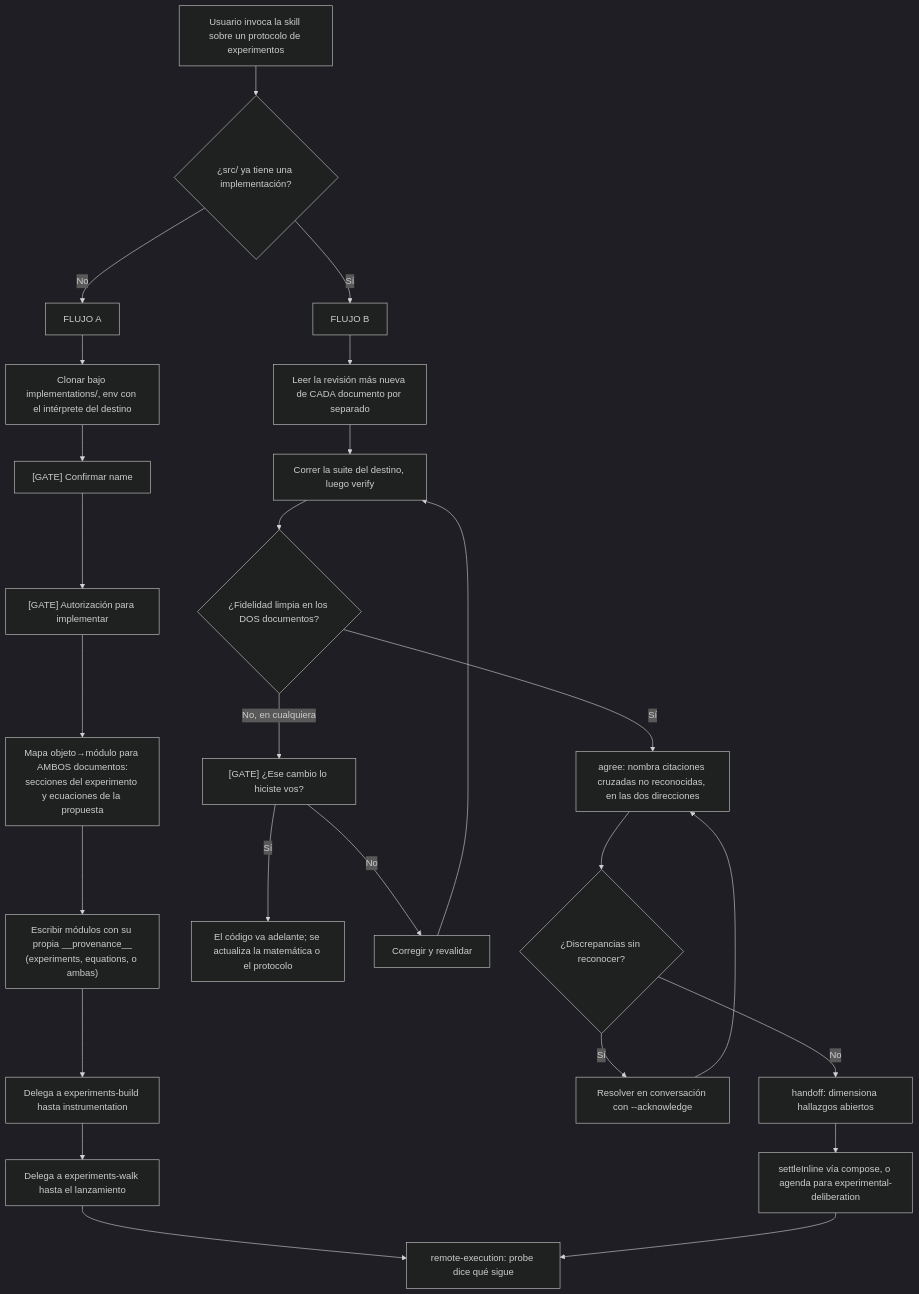
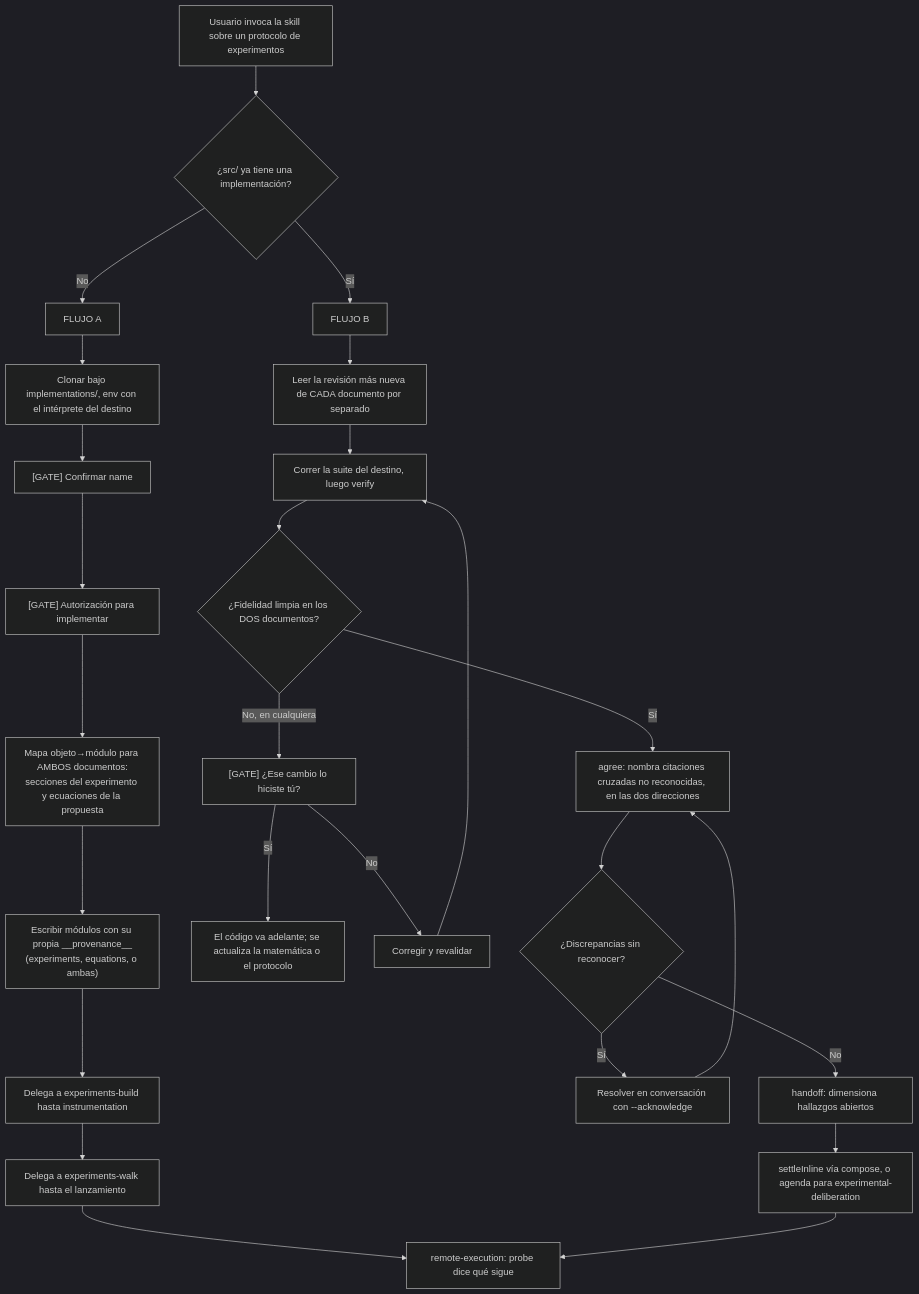
Before and after one commit to AndresCdo/papersmith-ai: the eighth of 10 diagrams in README.md, drawn with Mermaid (dark theme). The commit also changed other lines of this file, not shown here.

````diff
--- a/README.md
+++ b/README.md
@@ -2429,31 +2429,31 @@
 ```mermaid
 flowchart TD
     A["Usuario invoca la skill sobre un protocolo de experimentos"] --> B{"¿src/ ya tiene una implementación?"}
     B -- No --> C["FLUJO A"]
     B -- Sí --> D["FLUJO B"]
 
     C --> C1["Clonar bajo implementations/, env con el intérprete del destino"]
     C1 --> C2["[GATE] Confirmar name"]
     C2 --> C3["[GATE] Autorización para implementar"]
     C3 --> C4["Mapa objeto→módulo para AMBOS documentos:<br/>secciones del experimento y ecuaciones de la propuesta"]
     C4 --> C5["Escribir módulos con su propia __provenance__<br/>(experiments, equations, o ambas)"]
     C5 --> C6["Delega a experiments-build hasta instrumentation"]
     C6 --> C7["Delega a experiments-walk hasta el lanzamiento"]
 
     D --> D1["Leer la revisión más nueva de CADA documento por separado"]
     D1 --> D2["Correr la suite del destino, luego verify"]
     D2 --> D3{"¿Fidelidad limpia en los DOS documentos?"}
-    D3 -- No, en cualquiera --> D4["[GATE] ¿Ese cambio lo hiciste vos?"]
+    D3 -- No, en cualquiera --> D4["[GATE] ¿Ese cambio lo hiciste tú?"]
     D4 -- Sí --> D5["El código va adelante; se actualiza la matemática o el protocolo"]
     D4 -- No --> D6["Corregir y revalidar"]
     D6 --> D2
     D3 -- Sí --> D7["agree: nombra citaciones cruzadas no reconocidas, en las dos direcciones"]
     D7 --> D8{"¿Discrepancias sin reconocer?"}
     D8 -- Sí --> D9["Resolver en conversación con --acknowledge"]
     D9 --> D7
     D8 -- No --> D10["handoff: dimensiona hallazgos abiertos"]
     D10 --> D11["settleInline vía compose, o agenda para experimental-deliberation"]
 
     C7 --> E["remote-execution: probe dice qué sigue"]
     D11 --> E
 ```
````
